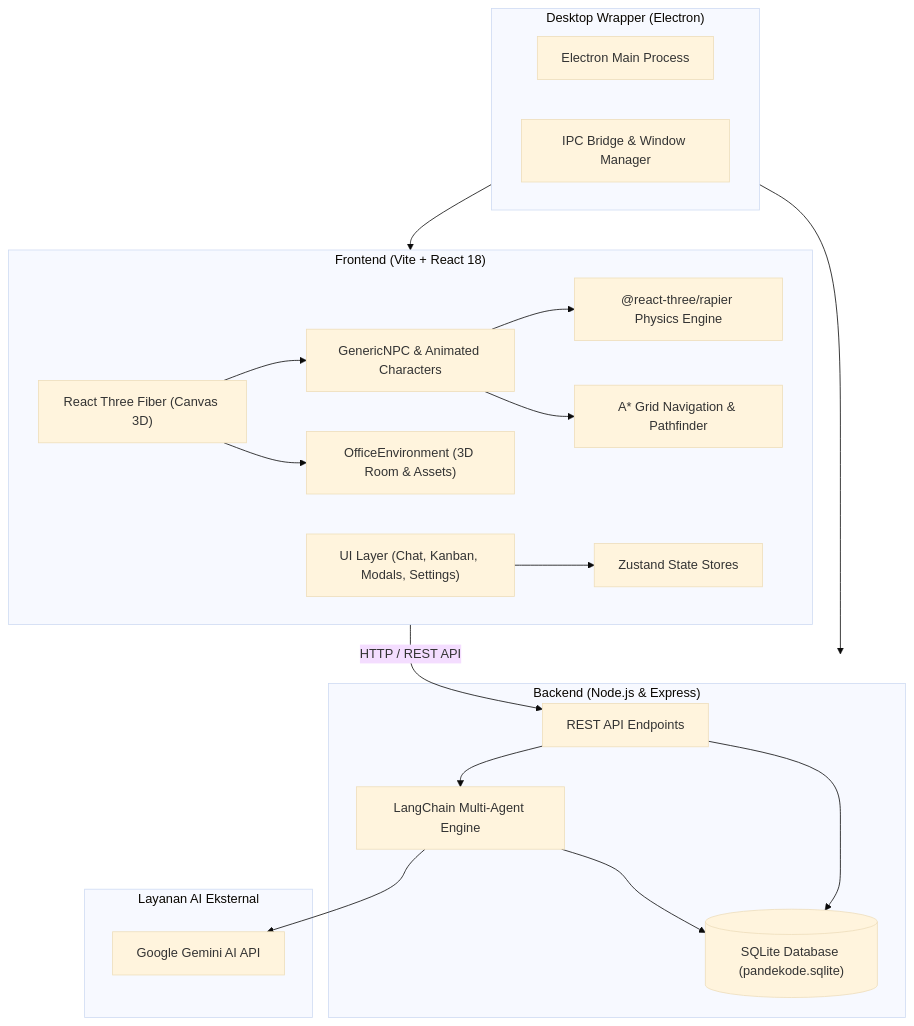
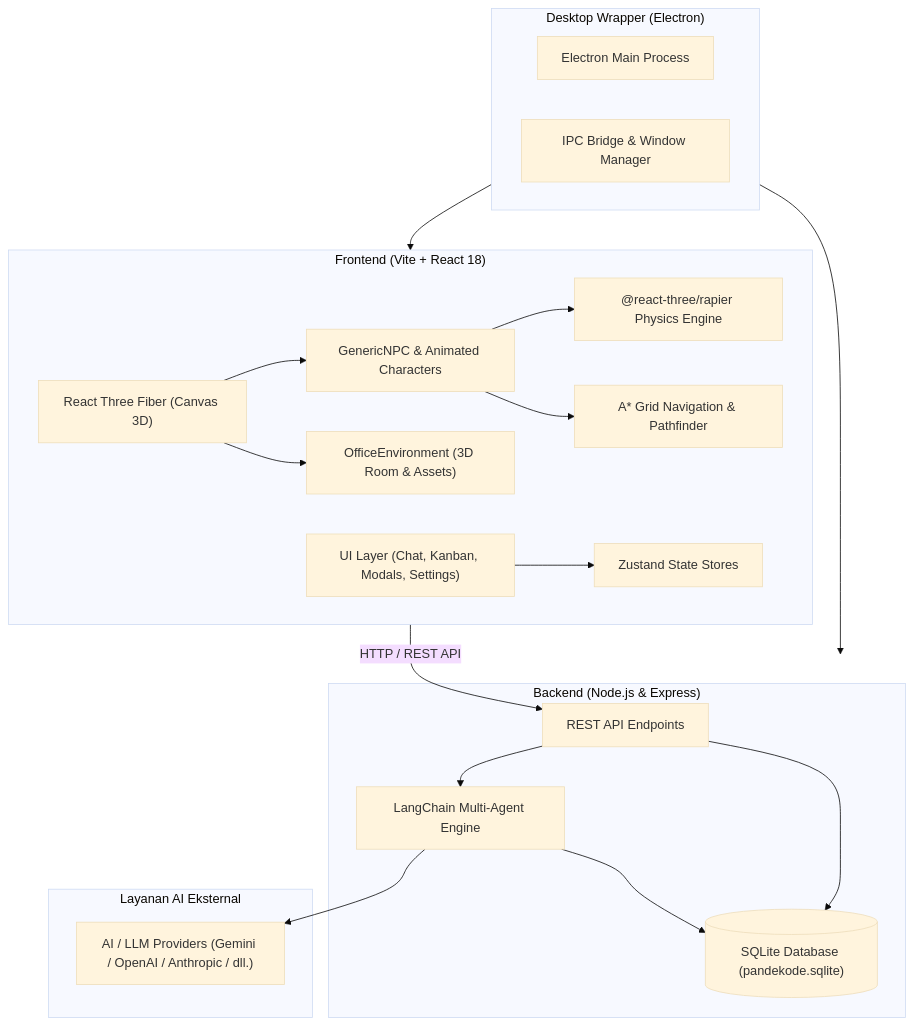
Before and after one commit to erbege/pandekode-virtual-hq: the diagram in README.md, drawn with Mermaid (base theme). The commit also changed other lines of this file, not shown here.

````diff
--- a/README.md
+++ b/README.md
@@ -82,41 +82,41 @@
 ```mermaid
 graph TB
     subgraph Frontend ["Frontend (Vite + React 18)"]
         UI["UI Layer (Chat, Kanban, Modals, Settings)"]
         Canvas3D["React Three Fiber (Canvas 3D)"]
         OfficeEnv["OfficeEnvironment (3D Room & Assets)"]
         NPCs["GenericNPC & Animated Characters"]
         Physics["@react-three/rapier Physics Engine"]
         Pathfinding["A* Grid Navigation & Pathfinder"]
         ZustandStore["Zustand State Stores"]
 
         Canvas3D --> OfficeEnv
         Canvas3D --> NPCs
         NPCs --> Physics
         NPCs --> Pathfinding
         UI --> ZustandStore
     end
 
     subgraph Desktop ["Desktop Wrapper (Electron)"]
         MainApp["Electron Main Process"]
         IPC["IPC Bridge & Window Manager"]
     end
 
     subgraph Backend ["Backend (Node.js & Express)"]
         REST["REST API Endpoints"]
         LangChainAgent["LangChain Multi-Agent Engine"]
         SQLiteDB[("SQLite Database (pandekode.sqlite)")]
     end
 
     subgraph External ["Layanan AI Eksternal"]
-        GeminiAPI["Google Gemini AI API"]
+        AIProviders["AI / LLM Providers (Gemini / OpenAI / Anthropic / dll.)"]
     end
 
     Desktop --> Frontend
     Desktop --> Backend
     Frontend -- "HTTP / REST API" --> REST
     REST --> LangChainAgent
-    LangChainAgent --> GeminiAPI
+    LangChainAgent --> AIProviders
     LangChainAgent --> SQLiteDB
     REST --> SQLiteDB
 ```
````
